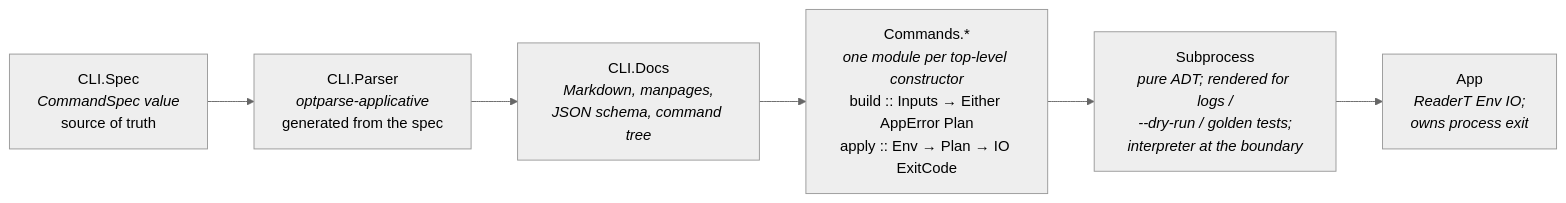
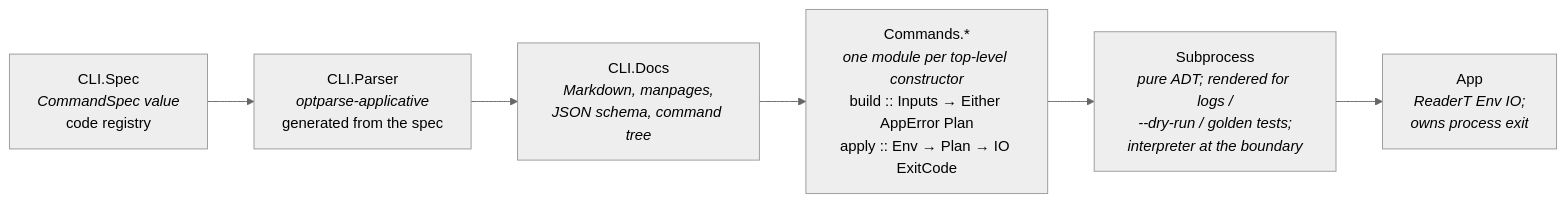
Before and after one commit to Tuee22/jitML: the third of 4 diagrams in README.md, drawn with Mermaid (neutral theme). The commit also changed other lines of this file and 21 other files, not shown here.

````diff
--- a/README.md
+++ b/README.md
@@ -851,10 +864,10 @@
 ```mermaid
 flowchart LR
-    Spec["CLI.Spec<br/><i>CommandSpec value</i><br/>source of truth"]
+    Spec["CLI.Spec<br/><i>CommandSpec value</i><br/>code registry"]
     Parser["CLI.Parser<br/><i>optparse-applicative</i><br/>generated from the spec"]
     Docs["CLI.Docs<br/><i>Markdown, manpages,</i><br/><i>JSON schema, command tree</i>"]
     Commands["Commands.*<br/><i>one module per top-level constructor</i><br/>build :: Inputs → Either AppError Plan<br/>apply :: Env → Plan → IO ExitCode"]
     Sub["Subprocess<br/><i>pure ADT; rendered for logs /</i><br/><i>--dry-run / golden tests;</i><br/><i>interpreter at the boundary</i>"]
     App["App<br/><i>ReaderT Env IO;</i><br/><i>owns process exit</i>"]
     Spec --> Parser --> Docs --> Commands --> Sub --> App
 ```
````
